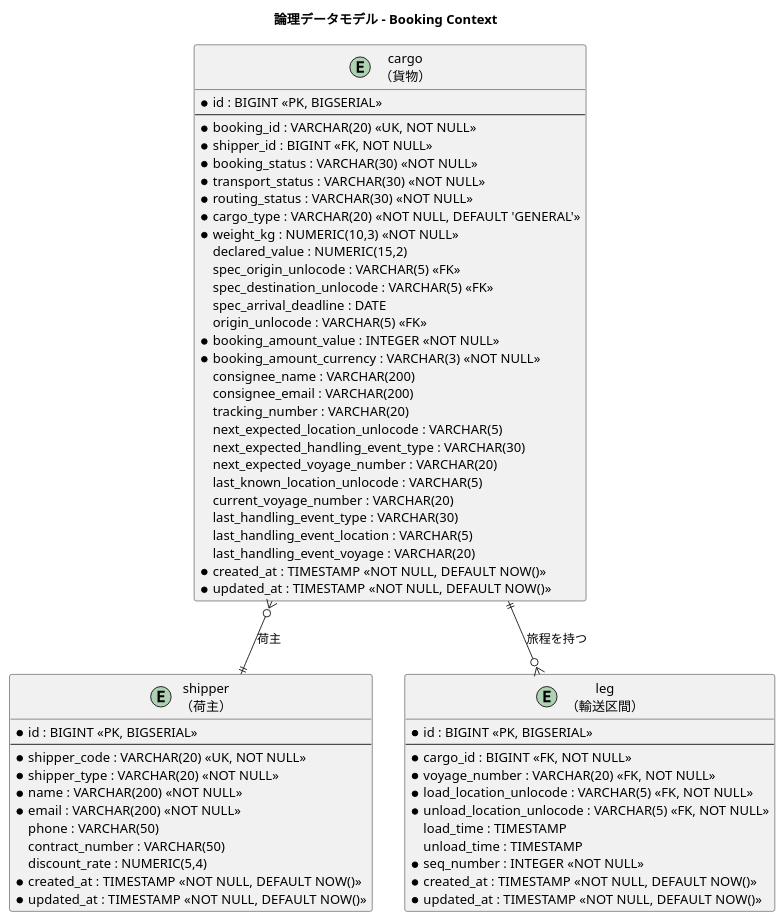
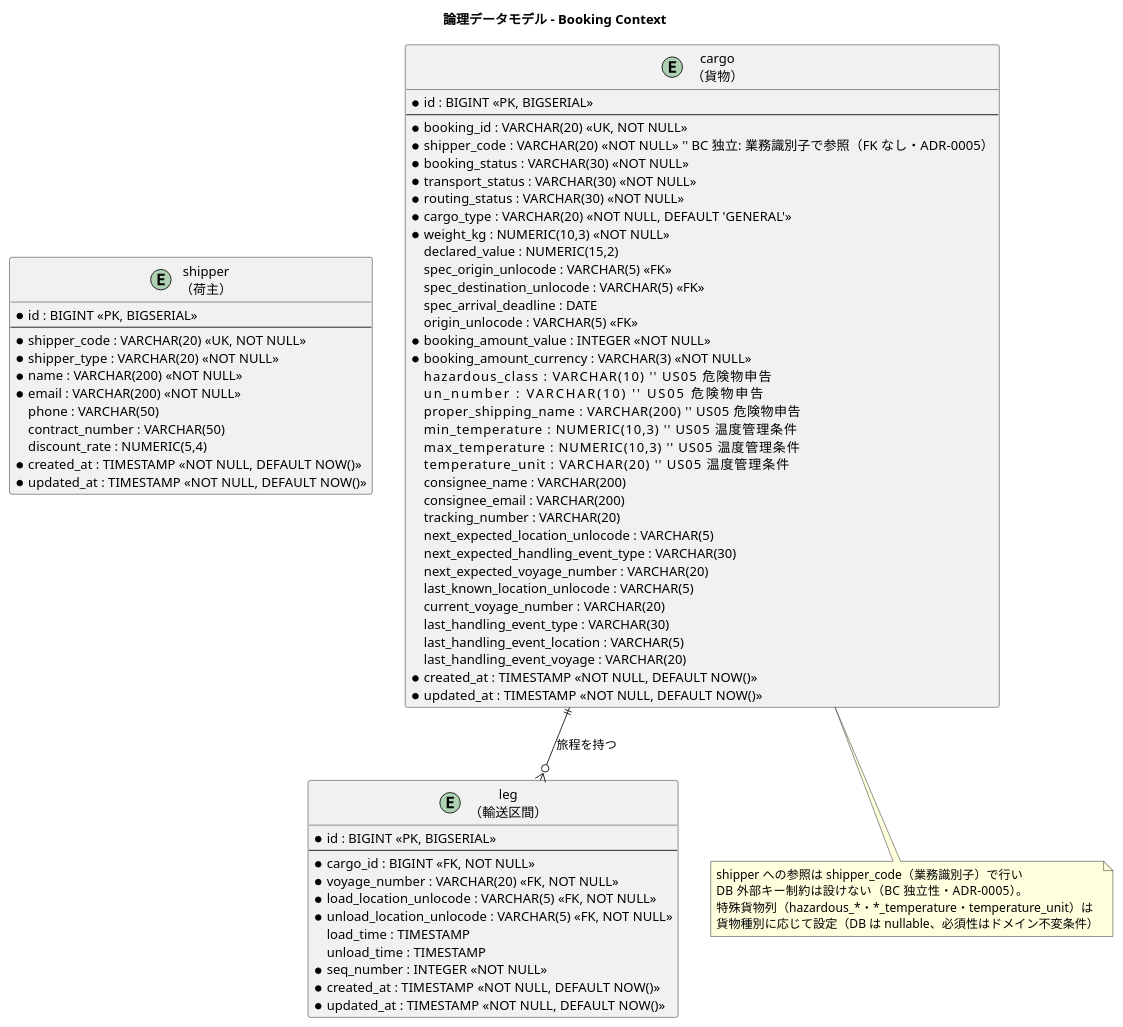
The third of 9 diagrams in docs/design/data-model.md (k2works/case-study-cargo-tracker), drawn with PlantUML before and after one commit. The commit also changed other lines of this file and 3 other files, not shown here.

First line of the commit message:
docs(design): T1 上流設計を実装に是正（ShipperCode・特殊貨物・US13）

````diff
--- a/docs/design/data-model.md
+++ b/docs/design/data-model.md
@@ -298,69 +298,81 @@
 ```plantuml
 @startuml
 title 論理データモデル - Booking Context
 
 entity "shipper\n（荷主）" as shipper {
   * id : BIGINT <<PK, BIGSERIAL>>
   --
   * shipper_code : VARCHAR(20) <<UK, NOT NULL>>
   * shipper_type : VARCHAR(20) <<NOT NULL>>
   * name : VARCHAR(200) <<NOT NULL>>
   * email : VARCHAR(200) <<NOT NULL>>
   phone : VARCHAR(50)
   contract_number : VARCHAR(50)
   discount_rate : NUMERIC(5,4)
   * created_at : TIMESTAMP <<NOT NULL, DEFAULT NOW()>>
   * updated_at : TIMESTAMP <<NOT NULL, DEFAULT NOW()>>
 }
 
 entity "cargo\n（貨物）" as cargo {
   * id : BIGINT <<PK, BIGSERIAL>>
   --
   * booking_id : VARCHAR(20) <<UK, NOT NULL>>
-  * shipper_id : BIGINT <<FK, NOT NULL>>
+  * shipper_code : VARCHAR(20) <<NOT NULL>>  '' BC 独立: 業務識別子で参照（FK なし・ADR-0005）
   * booking_status : VARCHAR(30) <<NOT NULL>>
   * transport_status : VARCHAR(30) <<NOT NULL>>
   * routing_status : VARCHAR(30) <<NOT NULL>>
   * cargo_type : VARCHAR(20) <<NOT NULL, DEFAULT 'GENERAL'>>
   * weight_kg : NUMERIC(10,3) <<NOT NULL>>
   declared_value : NUMERIC(15,2)
   spec_origin_unlocode : VARCHAR(5) <<FK>>
   spec_destination_unlocode : VARCHAR(5) <<FK>>
   spec_arrival_deadline : DATE
   origin_unlocode : VARCHAR(5) <<FK>>
   * booking_amount_value : INTEGER <<NOT NULL>>
   * booking_amount_currency : VARCHAR(3) <<NOT NULL>>
+  hazardous_class : VARCHAR(10)              '' US05 危険物申告
+  un_number : VARCHAR(10)                    '' US05 危険物申告
+  proper_shipping_name : VARCHAR(200)        '' US05 危険物申告
+  min_temperature : NUMERIC(10,3)            '' US05 温度管理条件
+  max_temperature : NUMERIC(10,3)            '' US05 温度管理条件
+  temperature_unit : VARCHAR(20)             '' US05 温度管理条件
   consignee_name : VARCHAR(200)
   consignee_email : VARCHAR(200)
   tracking_number : VARCHAR(20)
   next_expected_location_unlocode : VARCHAR(5)
   next_expected_handling_event_type : VARCHAR(30)
   next_expected_voyage_number : VARCHAR(20)
   last_known_location_unlocode : VARCHAR(5)
   current_voyage_number : VARCHAR(20)
   last_handling_event_type : VARCHAR(30)
   last_handling_event_location : VARCHAR(5)
   last_handling_event_voyage : VARCHAR(20)
   * created_at : TIMESTAMP <<NOT NULL, DEFAULT NOW()>>
   * updated_at : TIMESTAMP <<NOT NULL, DEFAULT NOW()>>
 }
 
 entity "leg\n（輸送区間）" as leg {
   * id : BIGINT <<PK, BIGSERIAL>>
   --
   * cargo_id : BIGINT <<FK, NOT NULL>>
   * voyage_number : VARCHAR(20) <<FK, NOT NULL>>
   * load_location_unlocode : VARCHAR(5) <<FK, NOT NULL>>
   * unload_location_unlocode : VARCHAR(5) <<FK, NOT NULL>>
   load_time : TIMESTAMP
   unload_time : TIMESTAMP
   * seq_number : INTEGER <<NOT NULL>>
   * created_at : TIMESTAMP <<NOT NULL, DEFAULT NOW()>>
   * updated_at : TIMESTAMP <<NOT NULL, DEFAULT NOW()>>
 }
 
-cargo }o--|| shipper : "荷主"
 cargo ||--o{ leg : "旅程を持つ"
+
+note bottom of cargo
+  shipper への参照は shipper_code（業務識別子）で行い
+  DB 外部キー制約は設けない（BC 独立性・ADR-0005）。
+  特殊貨物列（hazardous_*・*_temperature・temperature_unit）は
+  貨物種別に応じて設定（DB は nullable、必須性はドメイン不変条件）
+end note
 
 @enduml
 ```
````
